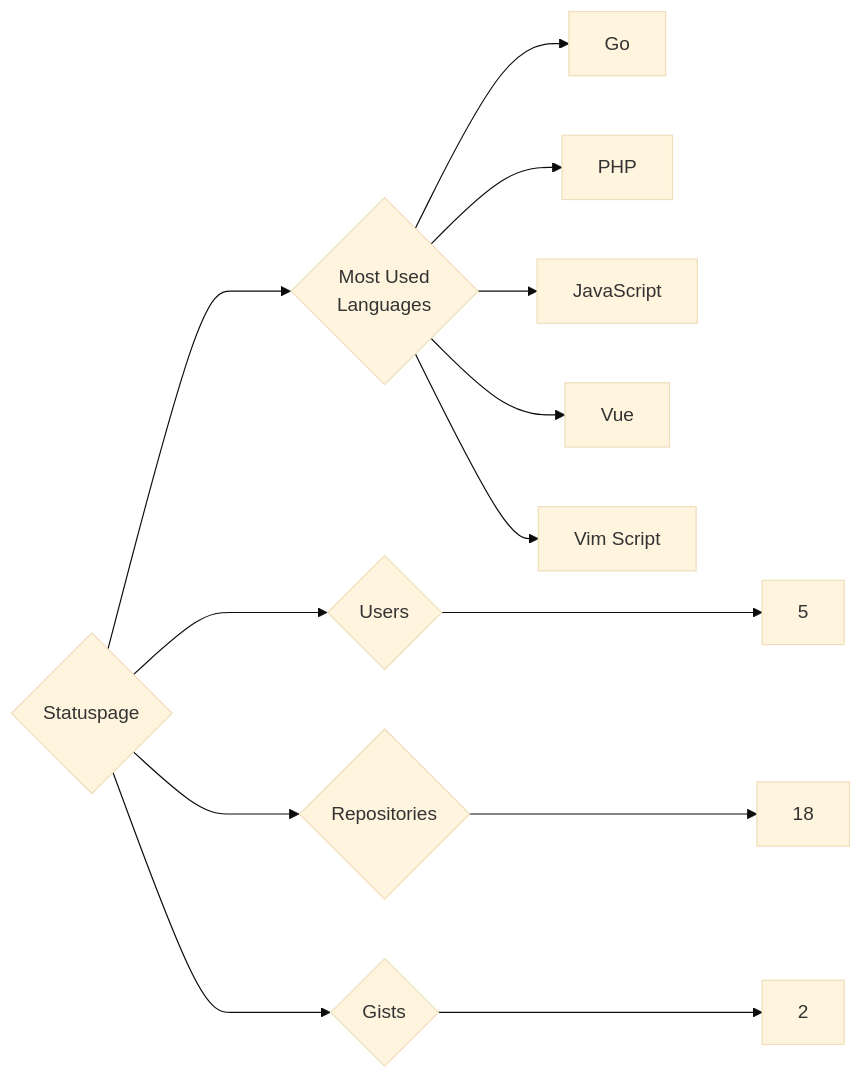
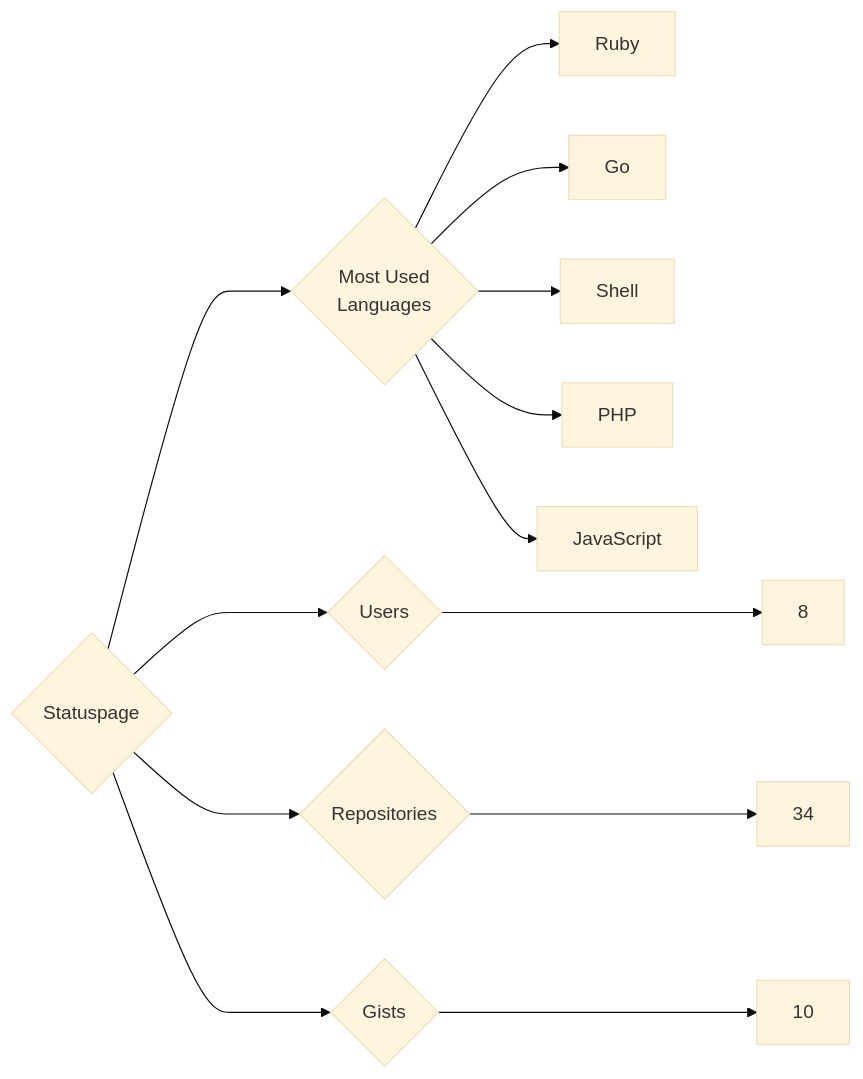
Before and after one commit to trickest/insiders: the diagram in targets/Statuspage/README.md, drawn with Mermaid (base theme). The commit also changed 1484 other files, not shown here.

````diff
--- a/targets/Statuspage/README.md
+++ b/targets/Statuspage/README.md
@@ -3,13 +3,13 @@
 ```mermaid
 graph LR
 COMPANY_NAME{Statuspage}
-COMPANY_NAME ---> U{Users} ---> UN[5]
-COMPANY_NAME ---> R{Repositories} ---> RN[18]
-COMPANY_NAME ---> G{Gists} ---> GN[2]
+COMPANY_NAME ---> U{Users} ---> UN[8]
+COMPANY_NAME ---> R{Repositories} ---> RN[34]
+COMPANY_NAME ---> G{Gists} ---> GN[10]
 COMPANY_NAME ---> ML{Most Used<br>Languages}
+ML --> Ruby[Ruby]
 ML --> Go[Go]
+ML --> Shell[Shell]
 ML --> PHP[PHP]
 ML --> JavaScript[JavaScript]
-ML --> Vue[Vue]
-ML --> Vim_Script[Vim Script]
 ```
````
